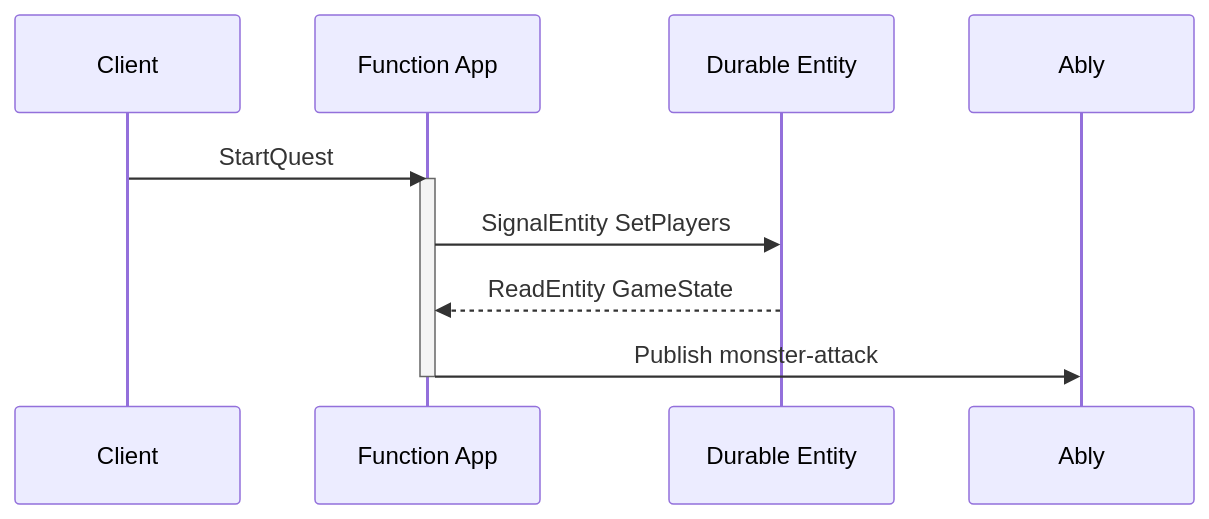
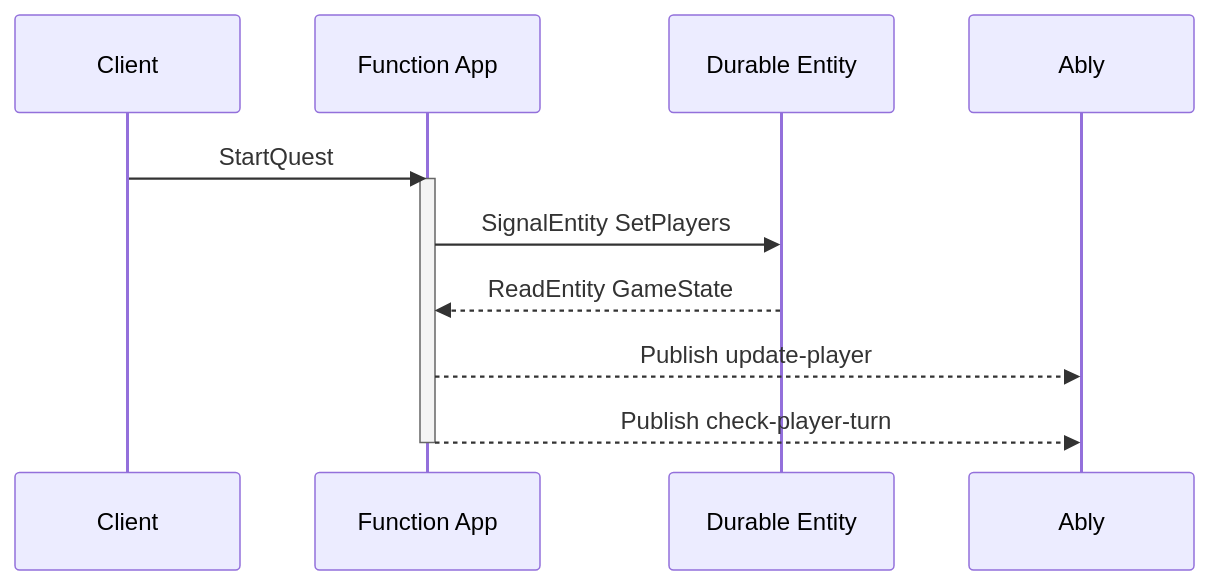
Before and after one commit to ably-labs/serverless-websockets-quest: the diagram in docs/StartQuest.mmd, drawn with Mermaid. The commit also changed 7 other files, not shown here.

```diff
--- a/docs/StartQuest.mmd
+++ b/docs/StartQuest.mmd
@@ -1,7 +1,8 @@
 sequenceDiagram
   Client ->> Function App: StartQuest
   activate Function App
-    Function App ->> Durable Entity: SignalEntity SetPlayers
+  Function App ->> Durable Entity: SignalEntity SetPlayers
   Durable Entity -->> Function App: ReadEntity GameState
-  Function App ->> Ably: Publish monster-attack
+  Function App -->> Ably: Publish update-player
+  Function App -->> Ably: Publish check-player-turn
   deactivate Function App
```
